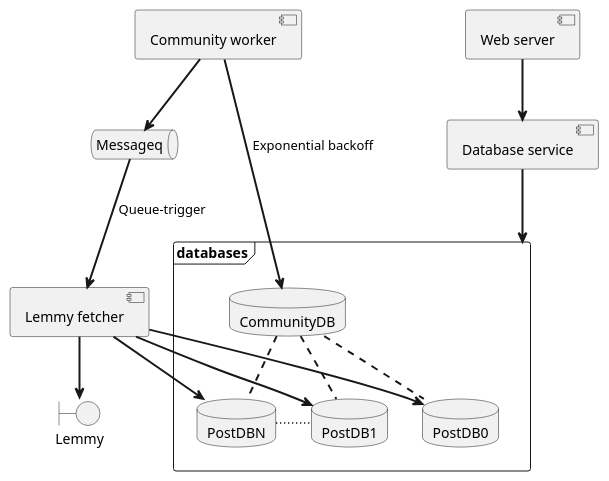
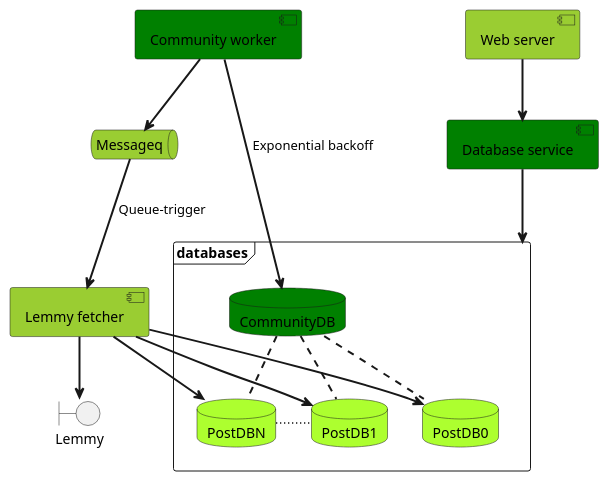
One commit to vigge93-BTH-courses/PA2557-Tillampad-Cloud-Computing-och-Big-Data changed the diagram in Architecture.puml. Above: the diagram before and after it, drawn with PlantUML. The commit also changed 5 other files, not shown here.

```diff
--- a/Architecture.puml
+++ b/Architecture.puml
@@ -1,33 +1,33 @@
 @startuml Architecture
 skinparam sequenceArrowThickness 2
 frame databases {
-    database "CommunityDB"
-    database "PostDB0"
-    database "PostDB1"
-    database "PostDBN"
+    database "CommunityDB" #green
+    database "PostDB0" #GreenYellow
+    database "PostDB1" #GreenYellow
+    database "PostDBN" #GreenYellow
 }
 CommunityDB -[dashed]- PostDB0
 CommunityDB -[dashed]- PostDB1
 CommunityDB -[dashed]- PostDBN
 PostDBN ~ PostDB1 
 
-component WebServer as "Web server"
-component LemmyFetcher as "Lemmy fetcher"
-component CommunityWorker as "Community worker"
-component DatabaseService as "Database service"
+component WebServer as "Web server" #YellowGreen
+component LemmyFetcher as "Lemmy fetcher" #YellowGreen
+component CommunityWorker as "Community worker" #green
+component DatabaseService as "Database service" #green
 
 DatabaseService --> databases
 
 WebServer --> DatabaseService
 CommunityWorker --> CommunityDB : Exponential backoff
 LemmyFetcher --> PostDB0
 LemmyFetcher --> PostDB1
 LemmyFetcher --> PostDBN
 
-queue Messageq
+queue Messageq #YellowGreen
 CommunityWorker --> Messageq
 Messageq --> LemmyFetcher : Queue-trigger
 
 boundary Lemmy
 LemmyFetcher --> Lemmy
 @enduml
```
